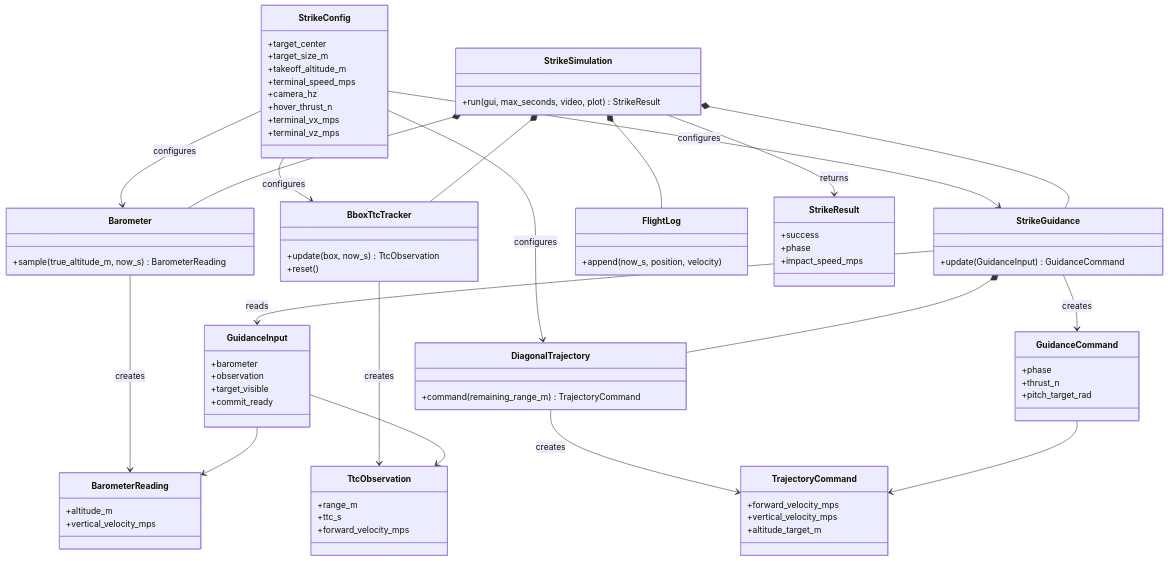
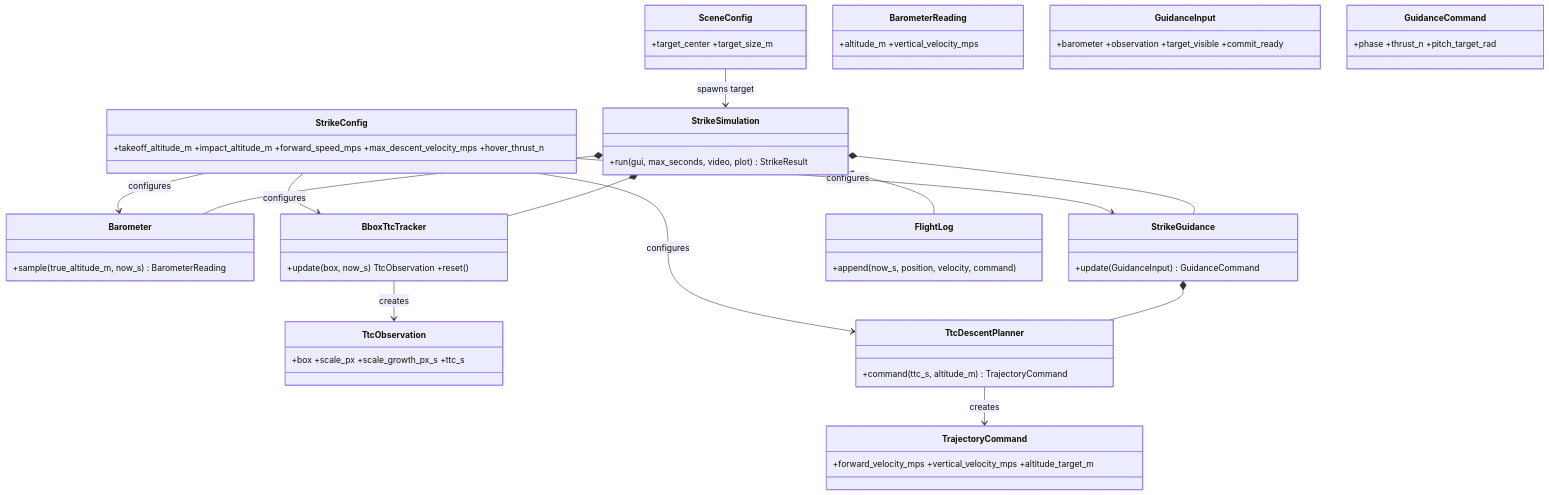
The first of 3 diagrams in examples/07-optical-navigation/ttc_strike/README.md (amire2000/drone-physics-and-simulation-course), drawn with Mermaid before and after one commit. The commit also changed other lines of this file and 10 other files, not shown here.

````diff
--- a/examples/07-optical-navigation/ttc_strike/README.md
+++ b/examples/07-optical-navigation/ttc_strike/README.md
@@ -38,81 +36,28 @@
 ```mermaid
 classDiagram
-    class StrikeConfig {
-        +target_center
-        +target_size_m
-        +takeoff_altitude_m
-        +terminal_speed_mps
-        +camera_hz
-        +hover_thrust_n
-        +terminal_vx_mps
-        +terminal_vz_mps
-    }
-    class Barometer {
-        +sample(true_altitude_m, now_s) BarometerReading
-    }
-    class BarometerReading {
-        +altitude_m
-        +vertical_velocity_mps
-    }
-    class BboxTtcTracker {
-        +update(box, now_s) TtcObservation
-        +reset()
-    }
-    class TtcObservation {
-        +range_m
-        +ttc_s
-        +forward_velocity_mps
-    }
-    class DiagonalTrajectory {
-        +command(remaining_range_m) TrajectoryCommand
-    }
-    class TrajectoryCommand {
-        +forward_velocity_mps
-        +vertical_velocity_mps
-        +altitude_target_m
-    }
-    class StrikeGuidance {
-        +update(GuidanceInput) GuidanceCommand
-    }
-    class GuidanceInput {
-        +barometer
-        +observation
-        +target_visible
-        +commit_ready
-    }
-    class GuidanceCommand {
-        +phase
-        +thrust_n
-        +pitch_target_rad
-    }
-    class FlightLog {
-        +append(now_s, position, velocity)
-    }
-    class StrikeSimulation {
-        +run(gui, max_seconds, video, plot) StrikeResult
-    }
-    class StrikeResult {
-        +success
-        +phase
-        +impact_speed_mps
-    }
-
+    class SceneConfig { +target_center +target_size_m }
+    class StrikeConfig { +takeoff_altitude_m +impact_altitude_m +forward_speed_mps +max_descent_velocity_mps +hover_thrust_n }
+    class Barometer { +sample(true_altitude_m, now_s) BarometerReading }
+    class BarometerReading { +altitude_m +vertical_velocity_mps }
+    class BboxTtcTracker { +update(box, now_s) TtcObservation +reset() }
+    class TtcObservation { +box +scale_px +scale_growth_px_s +ttc_s }
+    class TtcDescentPlanner { +command(ttc_s, altitude_m) TrajectoryCommand }
+    class TrajectoryCommand { +forward_velocity_mps +vertical_velocity_mps +altitude_target_m }
+    class StrikeGuidance { +update(GuidanceInput) GuidanceCommand }
+    class GuidanceInput { +barometer +observation +target_visible +commit_ready }
+    class GuidanceCommand { +phase +thrust_n +pitch_target_rad }
+    class FlightLog { +append(now_s, position, velocity, command) }
+    class StrikeSimulation { +run(gui, max_seconds, video, plot) StrikeResult }
+    SceneConfig --> StrikeSimulation : spawns target
     StrikeConfig --> Barometer : configures
     StrikeConfig --> BboxTtcTracker : configures
-    StrikeConfig --> DiagonalTrajectory : configures
+    StrikeConfig --> TtcDescentPlanner : configures
     StrikeConfig --> StrikeGuidance : configures
-    Barometer --> BarometerReading : creates
     BboxTtcTracker --> TtcObservation : creates
-    DiagonalTrajectory --> TrajectoryCommand : creates
-    StrikeGuidance *-- DiagonalTrajectory
-    StrikeGuidance --> GuidanceInput : reads
-    StrikeGuidance --> GuidanceCommand : creates
-    GuidanceInput --> BarometerReading
-    GuidanceInput --> TtcObservation
-    GuidanceCommand --> TrajectoryCommand
+    TtcDescentPlanner --> TrajectoryCommand : creates
+    StrikeGuidance *-- TtcDescentPlanner
     StrikeSimulation *-- Barometer
     StrikeSimulation *-- BboxTtcTracker
     StrikeSimulation *-- StrikeGuidance
     StrikeSimulation *-- FlightLog
-    StrikeSimulation --> StrikeResult : returns
 ```
````
